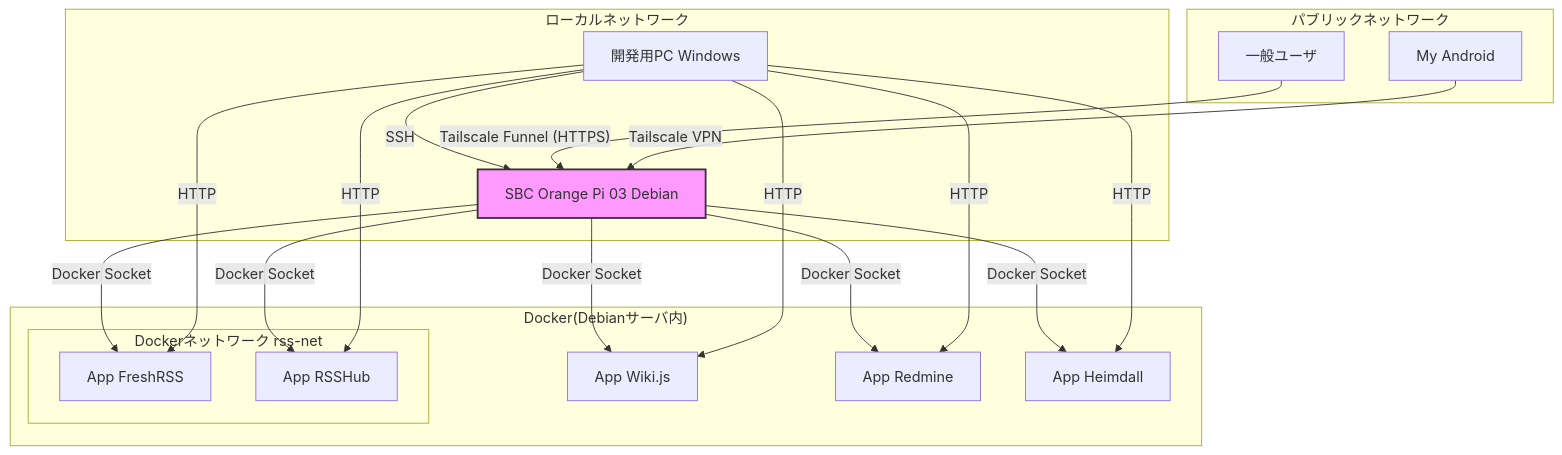
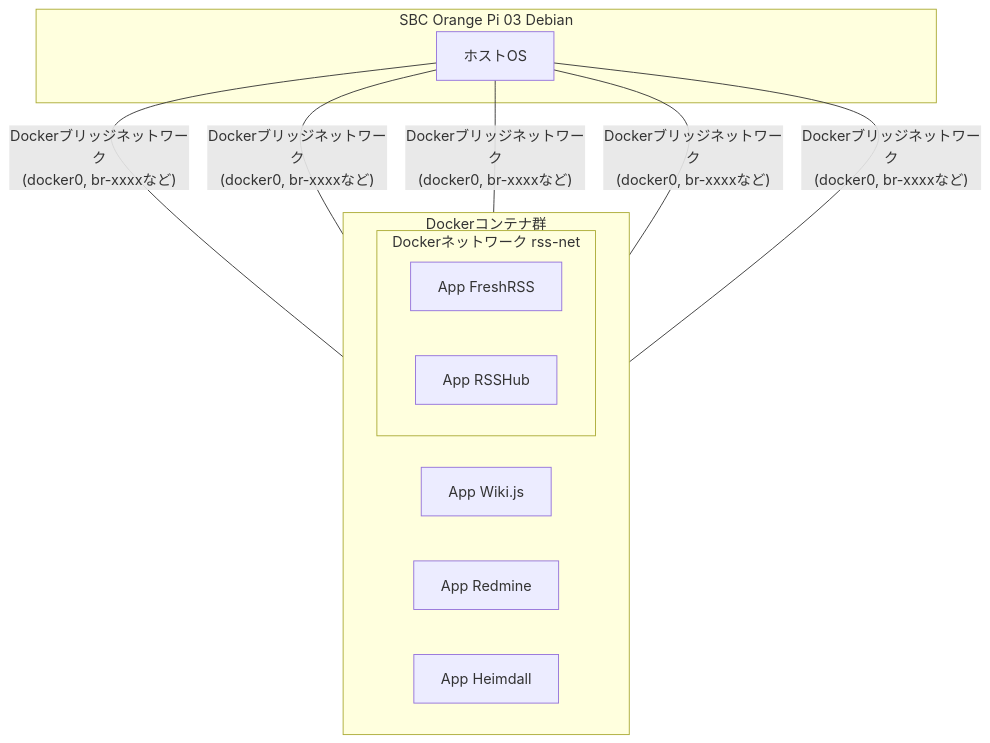
Before and after one commit to qack-dev/homelab: the second of 3 diagrams in README.md, drawn with Mermaid. The commit also changed other lines of this file, not shown here.

````diff
--- a/README.md
+++ b/README.md
@@ -20,34 +62,19 @@
 ```mermaid
 graph TD
-    subgraph "パブリックネットワーク"
-        J[一般ユーザ]
-        K[My Android]
+    subgraph "SBC Orange Pi 03 Debian"
+        A[ホストOS]
     end
-    subgraph "ローカルネットワーク"
-        A[開発用PC Windows]
-        B[SBC Orange Pi 03 Debian]
-    end
-    subgraph "Docker(Debianサーバ内)"
+
+    subgraph "Dockerコンテナ群"
+        direction LR
         D[App Wiki.js]
         F[App Redmine]
         G[App Heimdall]
         subgraph "Dockerネットワーク rss-net"
             E[App FreshRSS]
             H[App RSSHub]
         end
     end
-    A -- SSH --> B
-    B -- Docker Socket --> D
-    B -- Docker Socket --> E
-    B -- Docker Socket --> F
-    B -- Docker Socket --> G
-    B -- Docker Socket --> H
-    A -- HTTP --> D
-    A -- HTTP --> E
-    A -- HTTP --> F
-    A -- HTTP --> G
-    A -- HTTP --> H
-    J -- Tailscale Funnel (HTTPS) --> B
-    K -- Tailscale VPN --> B
-    style B fill:#f9f,stroke:#333,stroke-width:2px
+
+    A -- "Dockerブリッジネットワーク<br>(docker0, br-xxxxなど)" --- D & F & G & E & H
 ```
````
